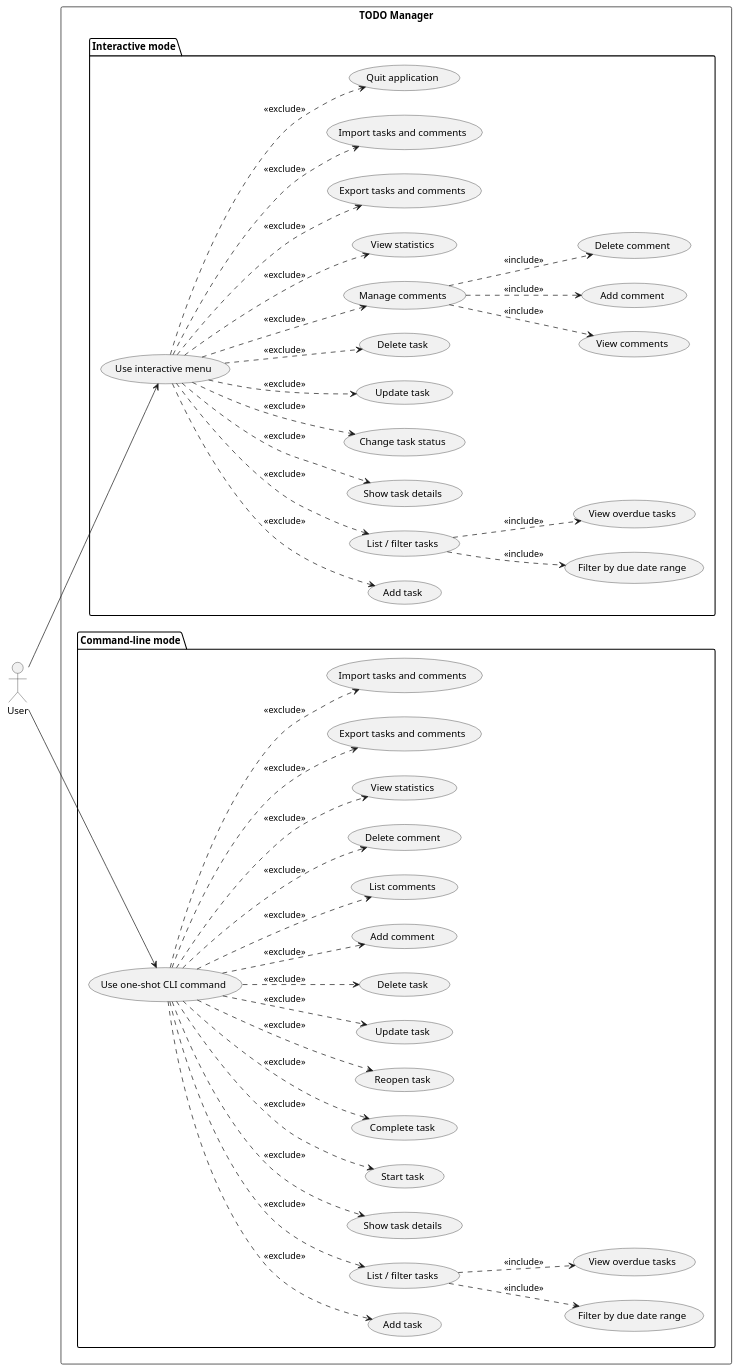
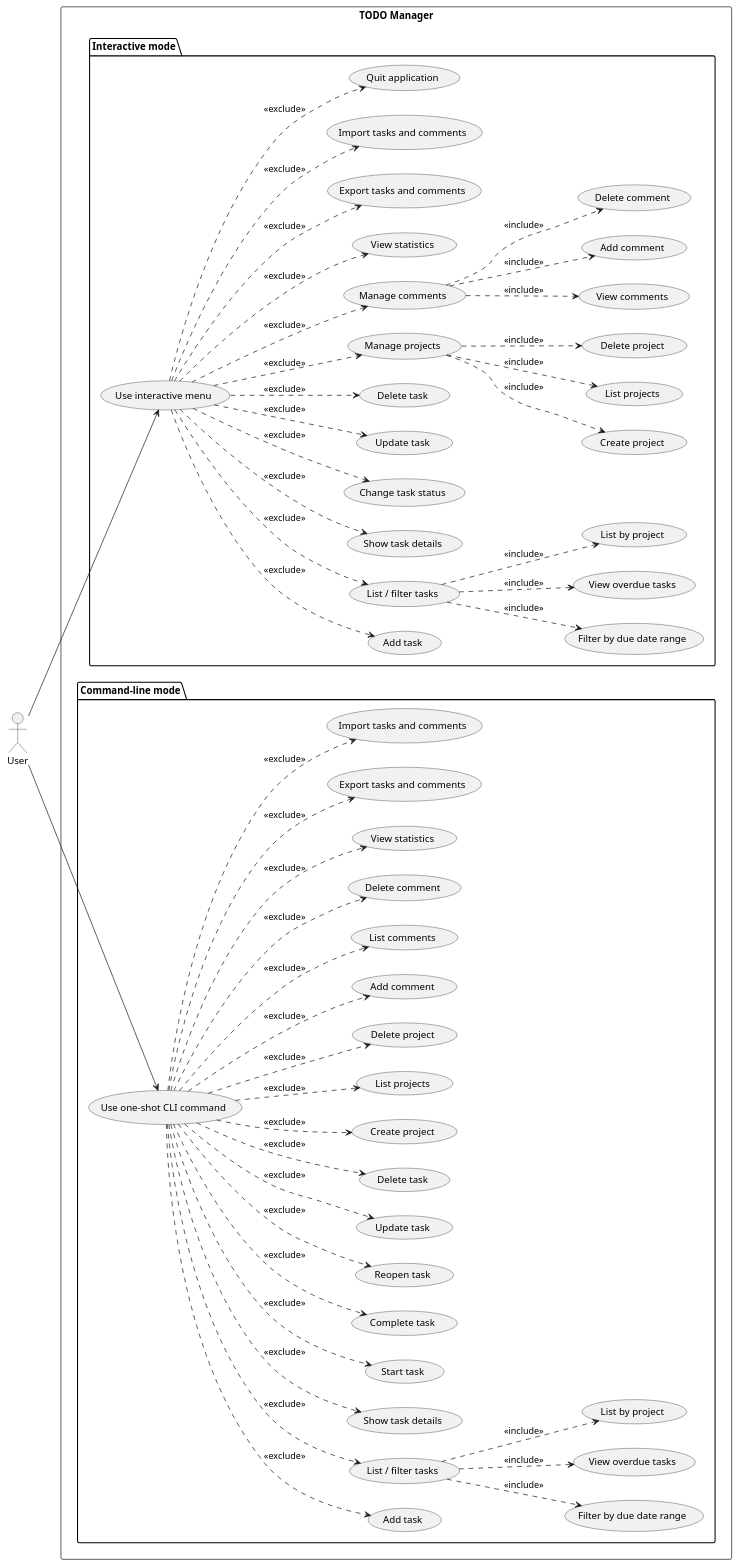
Before and after one commit to DanielRiha8906/Software_autoevolution_using_agents: the diagram in experiments/supervisor_as_tools/structured_text/TODO/artifacts/use_case_diagram.puml, drawn with PlantUML. The commit also changed 19 other files, not shown here.

```diff
--- a/experiments/supervisor_as_tools/structured_text/TODO/artifacts/use_case_diagram.puml
+++ b/experiments/supervisor_as_tools/structured_text/TODO/artifacts/use_case_diagram.puml
@@ -1,87 +1,105 @@
 @startuml use_case_diagram
 
 left to right direction
 
 actor User
 
 rectangle "TODO Manager" {
 
   package "Interactive mode" {
     usecase "Use interactive menu" as UI
     usecase "Add task" as I_ADD
     usecase "List / filter tasks" as I_LIST
     usecase "Filter by due date range" as I_DUE_RANGE
     usecase "View overdue tasks" as I_OVERDUE
+    usecase "List by project" as I_LIST_PROJECT
     usecase "Show task details" as I_SHOW
     usecase "Change task status" as I_STATUS
     usecase "Update task" as I_UPDATE
     usecase "Delete task" as I_DELETE
+    usecase "Manage projects" as I_PROJECTS
+    usecase "Create project" as I_CREATE_PROJECT
+    usecase "List projects" as I_LIST_PROJECTS
+    usecase "Delete project" as I_DELETE_PROJECT
     usecase "Manage comments" as I_COMMENTS
     usecase "View comments" as I_VIEW_COMMENTS
     usecase "Add comment" as I_ADD_COMMENT
     usecase "Delete comment" as I_DELETE_COMMENT
     usecase "View statistics" as I_STATS
     usecase "Export tasks and comments" as I_EXPORT
     usecase "Import tasks and comments" as I_IMPORT
     usecase "Quit application" as I_QUIT
   }
 
   package "Command-line mode" {
     usecase "Use one-shot CLI command" as CLI
     usecase "Add task" as C_ADD
     usecase "List / filter tasks" as C_LIST
     usecase "Filter by due date range" as C_DUE_RANGE
     usecase "View overdue tasks" as C_OVERDUE
+    usecase "List by project" as C_LIST_PROJECT
     usecase "Show task details" as C_SHOW
     usecase "Start task" as C_START
     usecase "Complete task" as C_DONE
     usecase "Reopen task" as C_REOPEN
     usecase "Update task" as C_UPDATE
     usecase "Delete task" as C_DELETE
+    usecase "Create project" as C_CREATE_PROJECT
+    usecase "List projects" as C_LIST_PROJECTS
+    usecase "Delete project" as C_DELETE_PROJECT
     usecase "Add comment" as C_ADD_COMMENT
     usecase "List comments" as C_LIST_COMMENTS
     usecase "Delete comment" as C_DELETE_COMMENT
     usecase "View statistics" as C_STATS
     usecase "Export tasks and comments" as C_EXPORT
     usecase "Import tasks and comments" as C_IMPORT
   }
 }
 
 User --> UI
 User --> CLI
 
 UI ..> I_ADD       : <<exclude>>
 UI ..> I_LIST      : <<exclude>>
 I_LIST ..> I_DUE_RANGE : <<include>>
 I_LIST ..> I_OVERDUE : <<include>>
+I_LIST ..> I_LIST_PROJECT : <<include>>
 UI ..> I_SHOW      : <<exclude>>
 UI ..> I_STATUS    : <<exclude>>
 UI ..> I_UPDATE    : <<exclude>>
 UI ..> I_DELETE    : <<exclude>>
+UI ..> I_PROJECTS  : <<exclude>>
+I_PROJECTS ..> I_CREATE_PROJECT : <<include>>
+I_PROJECTS ..> I_LIST_PROJECTS : <<include>>
+I_PROJECTS ..> I_DELETE_PROJECT : <<include>>
 UI ..> I_COMMENTS  : <<exclude>>
 I_COMMENTS ..> I_VIEW_COMMENTS    : <<include>>
 I_COMMENTS ..> I_ADD_COMMENT      : <<include>>
 I_COMMENTS ..> I_DELETE_COMMENT   : <<include>>
 UI ..> I_STATS     : <<exclude>>
 UI ..> I_EXPORT    : <<exclude>>
 UI ..> I_IMPORT    : <<exclude>>
 UI ..> I_QUIT      : <<exclude>>
 
 CLI ..> C_ADD            : <<exclude>>
 CLI ..> C_LIST           : <<exclude>>
 C_LIST ..> C_DUE_RANGE : <<include>>
 C_LIST ..> C_OVERDUE : <<include>>
+C_LIST ..> C_LIST_PROJECT : <<include>>
 CLI ..> C_SHOW           : <<exclude>>
 CLI ..> C_START          : <<exclude>>
 CLI ..> C_DONE           : <<exclude>>
 CLI ..> C_REOPEN         : <<exclude>>
 CLI ..> C_UPDATE         : <<exclude>>
 CLI ..> C_DELETE         : <<exclude>>
+CLI ..> C_CREATE_PROJECT : <<exclude>>
+CLI ..> C_LIST_PROJECTS  : <<exclude>>
+CLI ..> C_DELETE_PROJECT : <<exclude>>
 CLI ..> C_ADD_COMMENT    : <<exclude>>
 CLI ..> C_LIST_COMMENTS  : <<exclude>>
 CLI ..> C_DELETE_COMMENT : <<exclude>>
 CLI ..> C_STATS          : <<exclude>>
 CLI ..> C_EXPORT         : <<exclude>>
 CLI ..> C_IMPORT         : <<exclude>>
 
 @enduml
```
